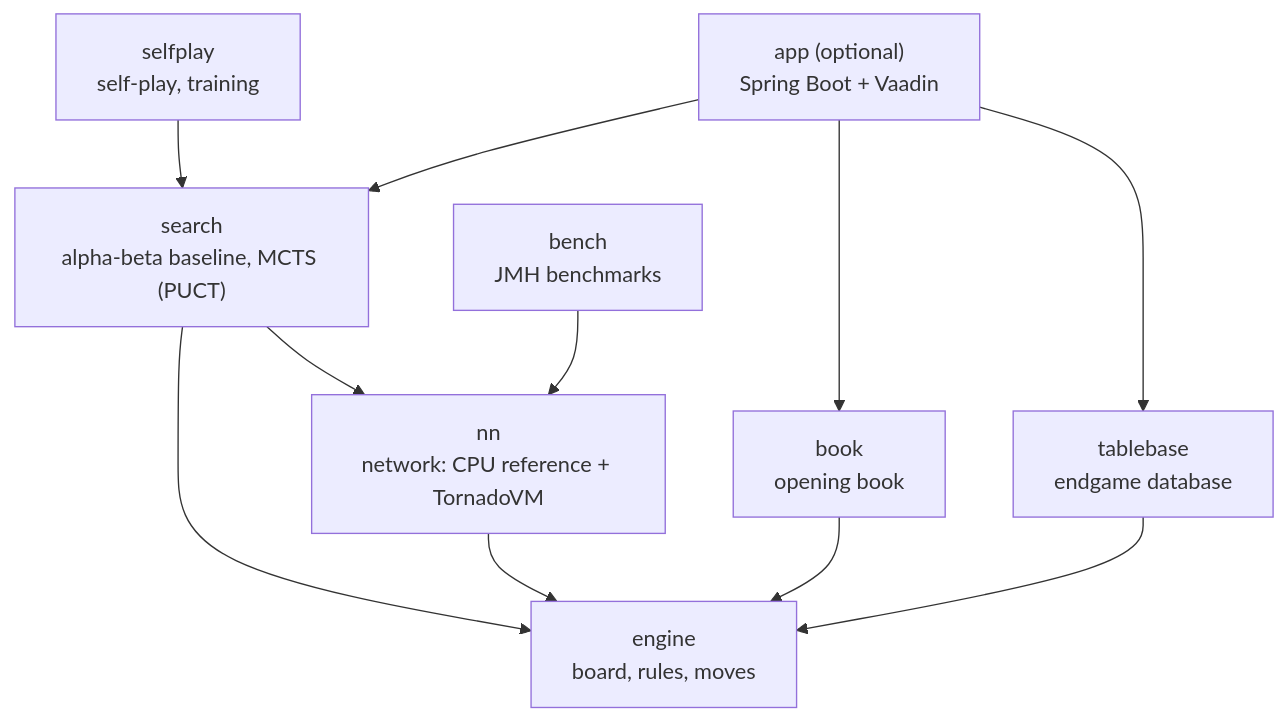
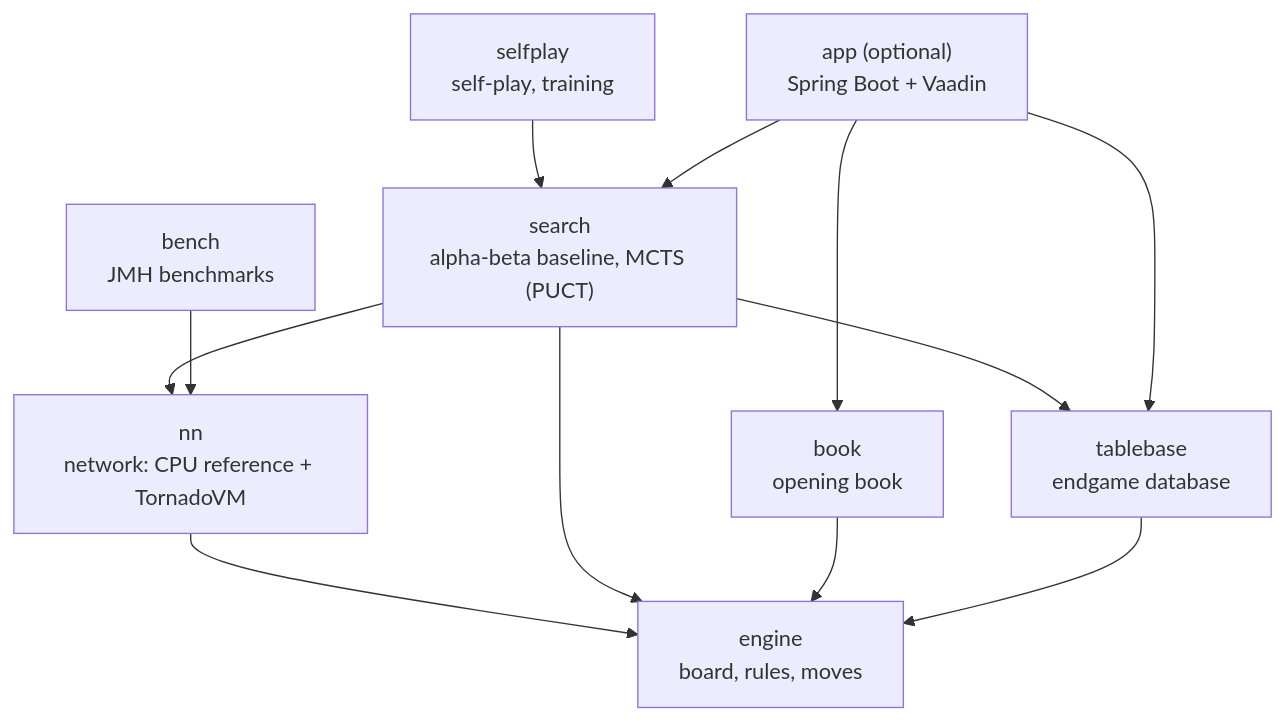
The first of 3 diagrams in docs/architecture.md (geggo98/marble-lantern), drawn with Mermaid before and after one commit. The commit also changed other lines of this file and 34 other files, not shown here.

````diff
--- a/docs/architecture.md
+++ b/docs/architecture.md
@@ -42,22 +43,23 @@
 ```mermaid
 graph TD
     engine["engine<br/>board, rules, moves"]
     nn["nn<br/>network: CPU reference + TornadoVM"]
     search["search<br/>alpha-beta baseline, MCTS (PUCT)"]
     selfplay["selfplay<br/>self-play, training"]
     book["book<br/>opening book"]
     tablebase["tablebase<br/>endgame database"]
     bench["bench<br/>JMH benchmarks"]
     app["app (optional)<br/>Spring Boot + Vaadin"]
 
     nn --> engine
     search --> engine
     search --> nn
+    search --> tablebase
     selfplay --> search
     book --> engine
     tablebase --> engine
     bench --> nn
     app --> search
     app --> book
     app --> tablebase
 ```
````
